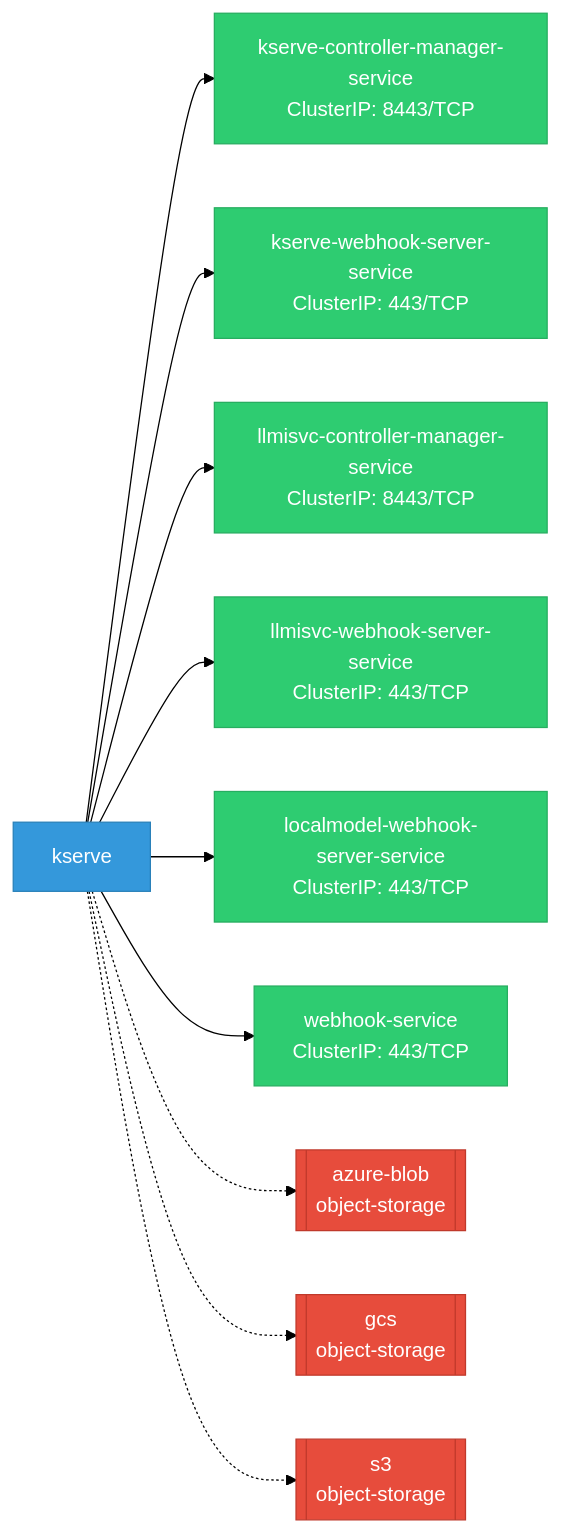
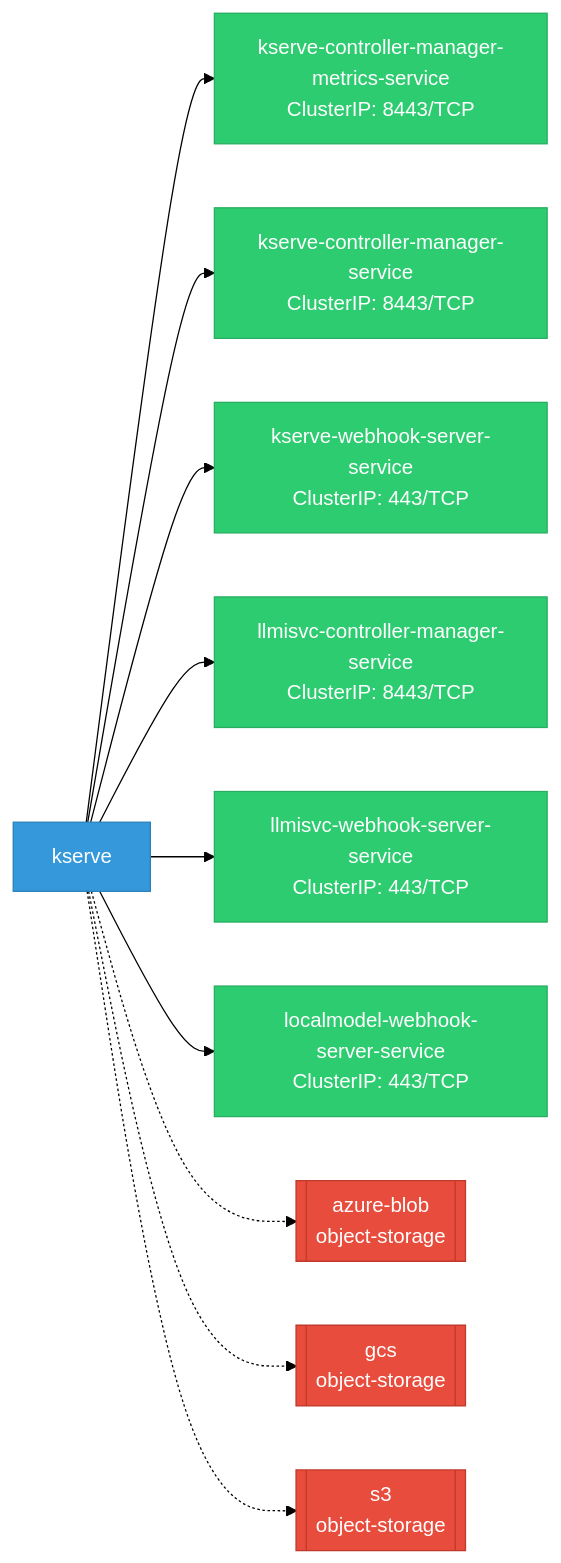
Before and after one commit to ugiordan/architecture-analyzer: the diagram in site/docs/odh-platform/components/kserve/network.md, drawn with Mermaid (forest theme). The commit also changed other lines of this file and 299 other files, not shown here.

````diff
--- a/site/docs/odh-platform/components/kserve/network.md
+++ b/site/docs/odh-platform/components/kserve/network.md
@@ -5,18 +5,18 @@
 ```mermaid
 graph LR
     classDef svc fill:#2ecc71,stroke:#27ae60,color:#fff
     classDef test fill:#95a5a6,stroke:#7f8c8d,color:#fff
     classDef component fill:#3498db,stroke:#2980b9,color:#fff
     classDef ext fill:#e74c3c,stroke:#c0392b,color:#fff
 
     kserve["kserve"]:::component
-    kserve --> svc_0["kserve-controller-manager-service\nClusterIP: 8443/TCP"]:::svc
-    kserve --> svc_1["kserve-webhook-server-service\nClusterIP: 443/TCP"]:::svc
-    kserve --> svc_2["llmisvc-controller-manager-service\nClusterIP: 8443/TCP"]:::svc
-    kserve --> svc_3["llmisvc-webhook-server-service\nClusterIP: 443/TCP"]:::svc
-    kserve --> svc_4["localmodel-webhook-server-service\nClusterIP: 443/TCP"]:::svc
-    kserve --> svc_5["webhook-service\nClusterIP: 443/TCP"]:::svc
+    kserve --> svc_0["kserve-controller-manager-metrics-service\nClusterIP: 8443/TCP"]:::svc
+    kserve --> svc_1["kserve-controller-manager-service\nClusterIP: 8443/TCP"]:::svc
+    kserve --> svc_2["kserve-webhook-server-service\nClusterIP: 443/TCP"]:::svc
+    kserve --> svc_3["llmisvc-controller-manager-service\nClusterIP: 8443/TCP"]:::svc
+    kserve --> svc_4["llmisvc-webhook-server-service\nClusterIP: 443/TCP"]:::svc
+    kserve --> svc_5["localmodel-webhook-server-service\nClusterIP: 443/TCP"]:::svc
     kserve -.-> ext_azure_blob[["azure-blob\nobject-storage"]]:::ext
     kserve -.-> ext_gcs[["gcs\nobject-storage"]]:::ext
     kserve -.-> ext_s3[["s3\nobject-storage"]]:::ext
 ```
````
